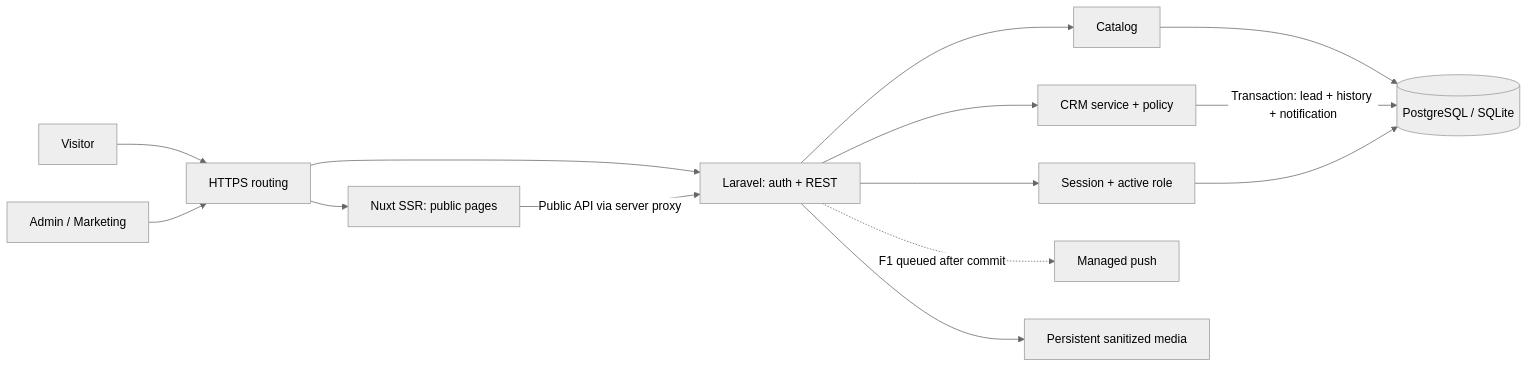
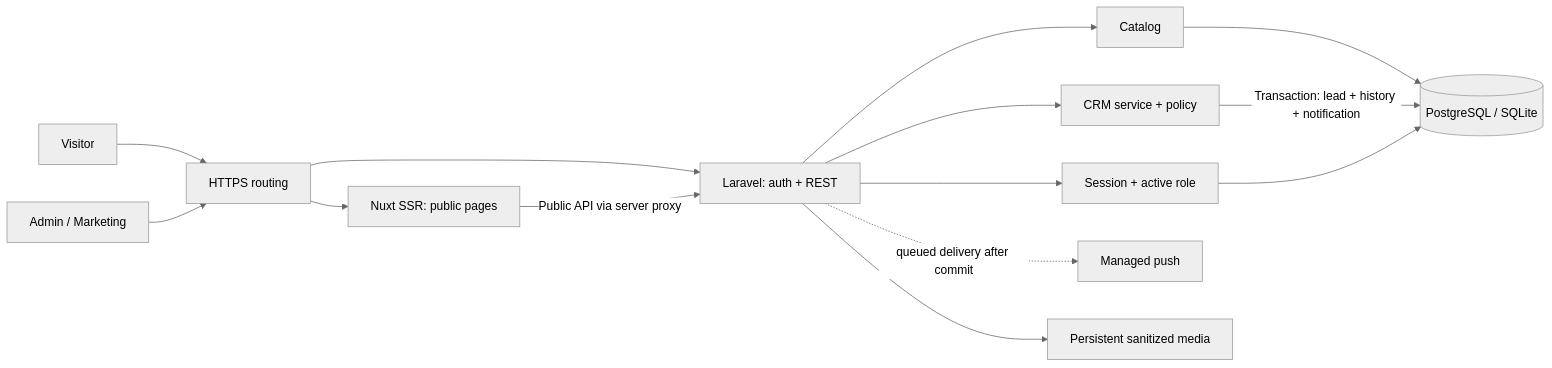
One commit to ariefmavlana/flamboyan-perum changed the first of 2 diagrams in docs/architecture.md. Above: the diagram before and after it, drawn with Mermaid (neutral theme). The commit also changed other lines of this file and 45 other files, not shown here.

````diff
--- a/docs/architecture.md
+++ b/docs/architecture.md
@@ -5,16 +5,16 @@
 ```mermaid
 flowchart LR
     Visitor[Visitor] --> Edge[HTTPS routing]
     Staff[Admin / Marketing] --> Edge
     Edge --> Nuxt[Nuxt SSR: public pages]
     Edge --> API[Laravel: auth + REST]
     Nuxt -->|Public API via server proxy| API
     API --> Catalog[Catalog]
     API --> CRM[CRM service + policy]
     API --> Identity[Session + active role]
     Catalog --> DB[(PostgreSQL / SQLite)]
     CRM -->|Transaction: lead + history + notification| DB
     Identity --> DB
-    API -. F1 queued after commit .-> Push[Managed push]
+    API -. queued delivery after commit .-> Push[Managed push]
     API --> Media[Persistent sanitized media]
 ```
````
